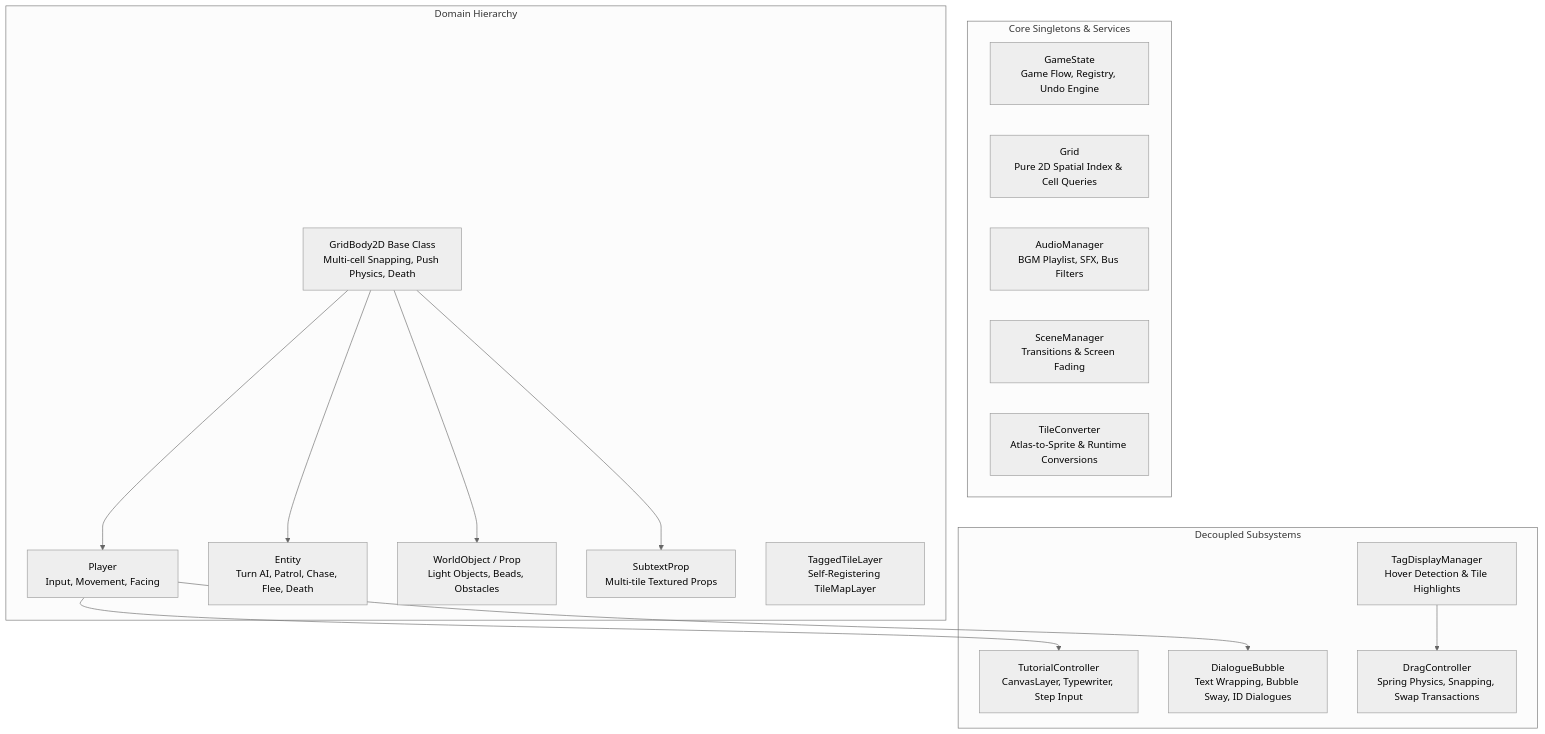
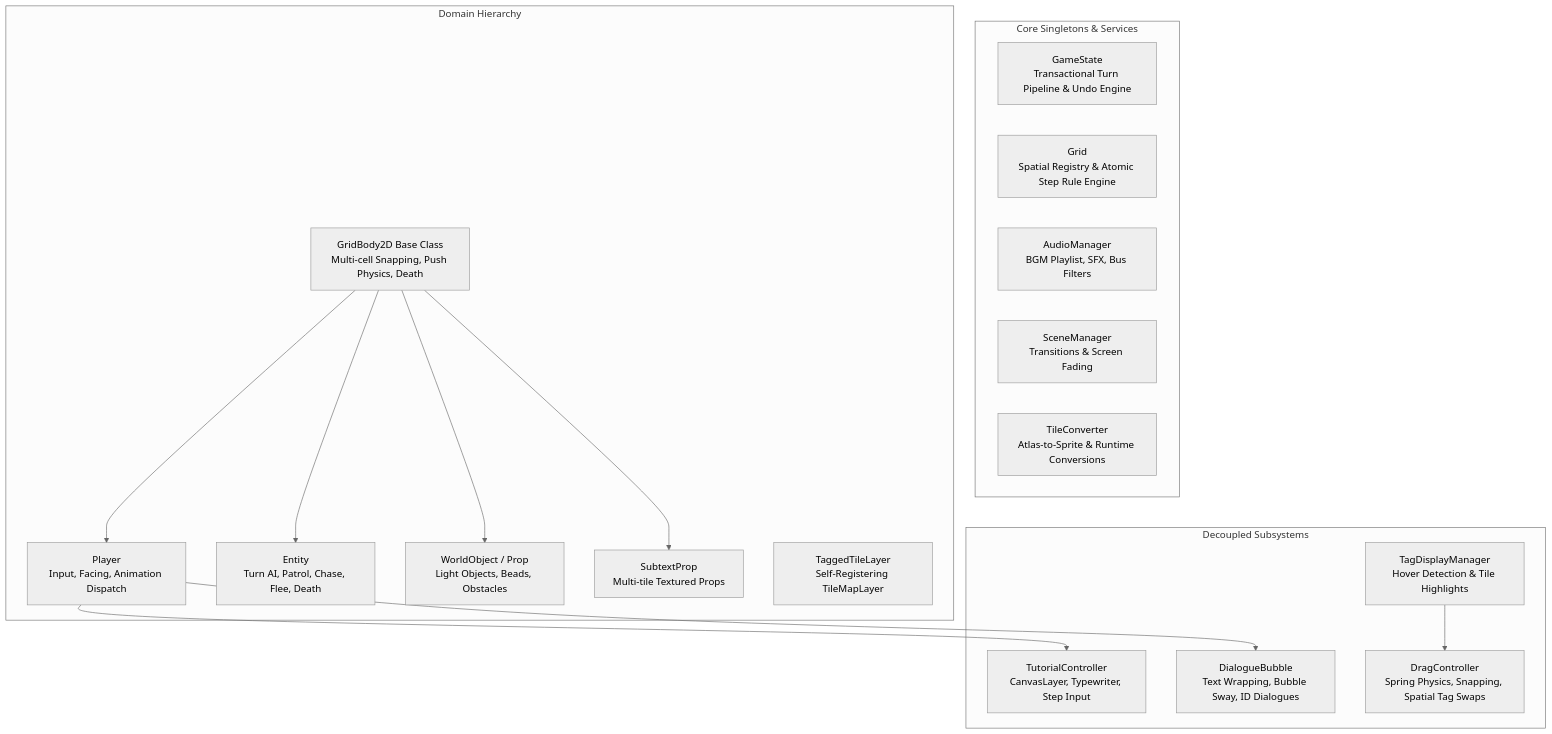
Before and after one commit to Jzurcc/SIKAPTala-2026-Game-Jam: the second of 5 diagrams in ARCHITECTURE.md, drawn with Mermaid (neutral theme). The commit also changed other lines of this file and 6 other files, not shown here.

First line of the commit message:
ref(core): Deepen movement rules engine, turn pipeline, and spatial tag registry

````diff
--- a/ARCHITECTURE.md
+++ b/ARCHITECTURE.md
@@ -36,25 +40,25 @@
 ```mermaid
 graph TD
     subgraph Core Singletons & Services
-        GS[GameState<br/>Game Flow, Registry, Undo Engine]
-        GR[Grid<br/>Pure 2D Spatial Index & Cell Queries]
+        GS[GameState<br/>Transactional Turn Pipeline & Undo Engine]
+        GR[Grid<br/>Spatial Registry & Atomic Step Rule Engine]
         AM[AudioManager<br/>BGM Playlist, SFX, Bus Filters]
         SM[SceneManager<br/>Transitions & Screen Fading]
         TC[TileConverter<br/>Atlas-to-Sprite & Runtime Conversions]
     end
 
     subgraph Domain Hierarchy
         GB[GridBody2D Base Class<br/>Multi-cell Snapping, Push Physics, Death]
-        GB --> P[Player<br/>Input, Movement, Facing]
+        GB --> P[Player<br/>Input, Facing, Animation Dispatch]
         GB --> E[Entity<br/>Turn AI, Patrol, Chase, Flee, Death]
         GB --> WO[WorldObject / Prop<br/>Light Objects, Beads, Obstacles]
         GB --> SP[SubtextProp<br/>Multi-tile Textured Props]
         TTL[TaggedTileLayer<br/>Self-Registering TileMapLayer]
     end
 
     subgraph Decoupled Subsystems
         P --> TUTC[TutorialController<br/>CanvasLayer, Typewriter, Step Input]
         P --> DB[DialogueBubble<br/>Text Wrapping, Bubble Sway, ID Dialogues]
-        TDM[TagDisplayManager<br/>Hover Detection & Tile Highlights] --> DC[DragController<br/>Spring Physics, Snapping, Swap Transactions]
+        TDM[TagDisplayManager<br/>Hover Detection & Tile Highlights] --> DC[DragController<br/>Spring Physics, Snapping, Spatial Tag Swaps]
     end
 ```
````
